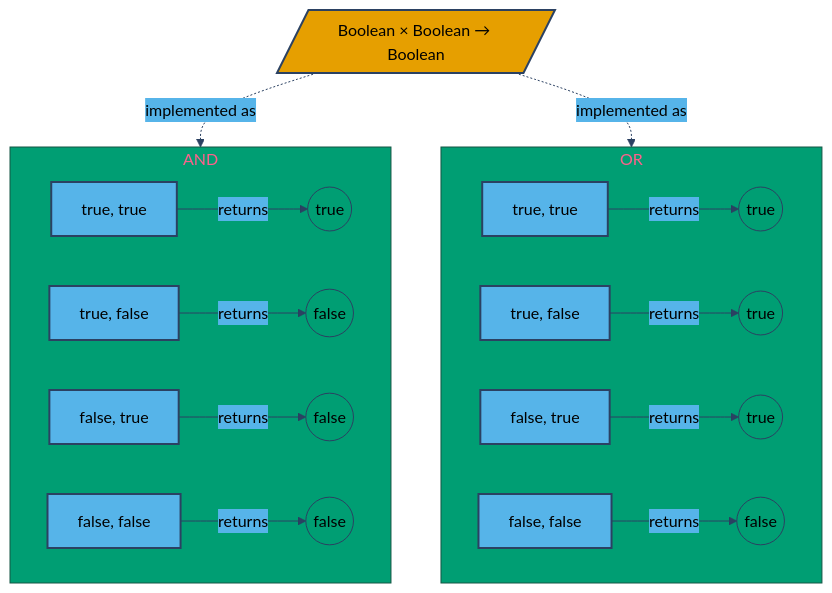
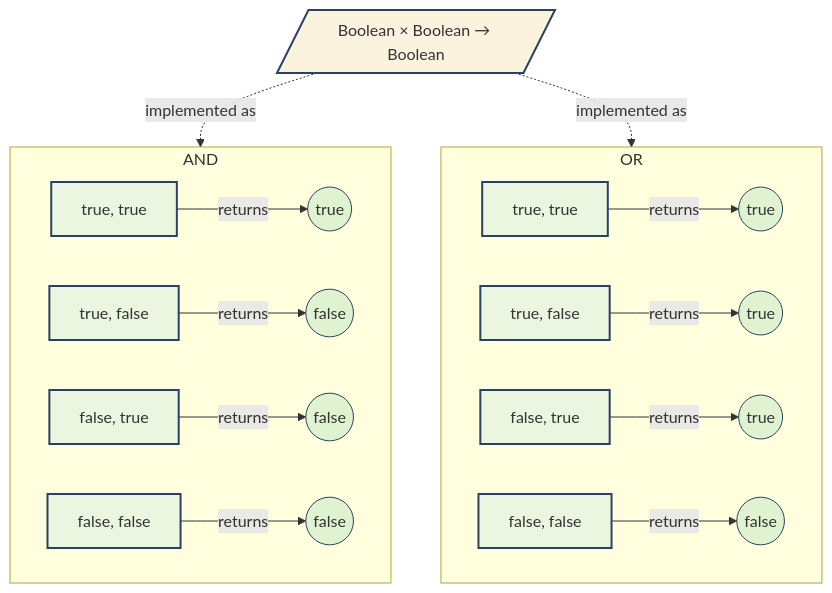
Before and after one commit to Fundamentals-of-Computer-Science/FunCS: the first of 3 diagrams in content/Chapter 1.1 - Booleans.md, drawn with Mermaid. The commit also changed other lines of this file and 3 other files, not shown here.

````diff
--- a/content/Chapter 1.1 - Booleans.md
+++ b/content/Chapter 1.1 - Booleans.md
@@ -71,41 +71,29 @@
 ```mermaid
-%%{init: {
-  'theme': 'base',
-  'themeVariables': {
-    'primaryColor': '#E69F00',
-    'primaryTextColor': '#000000',
-    'primaryBorderColor': '#2B4162',
-    'lineColor': '#2B4162',
-    'secondaryColor': '#56B4E9',
-    'tertiaryColor': '#009E73'
-  }
-}}%%
-
 graph TB
-    classDef typeNode fill:#E69F00,stroke:#2B4162,stroke-width:2px,color:#000000
-    classDef behaviorNode fill:#56B4E9,stroke:#2B4162,stroke-width:2px,color:#000000
-    classDef resultNode fill:#009E73,stroke:#2B4162,stroke-width:1px,color:#000000
+    classDef typeNode fill:#E69F0020,stroke:#2B4162,stroke-width:2px
+    classDef behaviorNode fill:#56B4E920,stroke:#2B4162,stroke-width:2px
+    classDef resultNode fill:#009E7320,stroke:#2B4162,stroke-width:1px
     
     Input1[/"Boolean × Boolean → Boolean"/]
     
     subgraph AND["AND"]
         A1["true, true"] -->|"returns"| AT((true))
         A2["true, false"] -->|"returns"| AF1((false))
         A3["false, true"] -->|"returns"| AF2((false))
         A4["false, false"] -->|"returns"| AF3((false))
     end
     
     subgraph OR["OR"]
         O1["true, true"] -->|"returns"| OT1((true))
         O2["true, false"] -->|"returns"| OT2((true))
         O3["false, true"] -->|"returns"| OT3((true))
         O4["false, false"] -->|"returns"| OF((false))
     end
     
     Input1 -.->|"implemented as"| AND
     Input1 -.->|"implemented as"| OR
     
     class Input1 typeNode
     class A1,A2,A3,A4,O1,O2,O3,O4 behaviorNode
     class AT,AF1,AF2,AF3,OT1,OT2,OT3,OF resultNode
 ```
````
